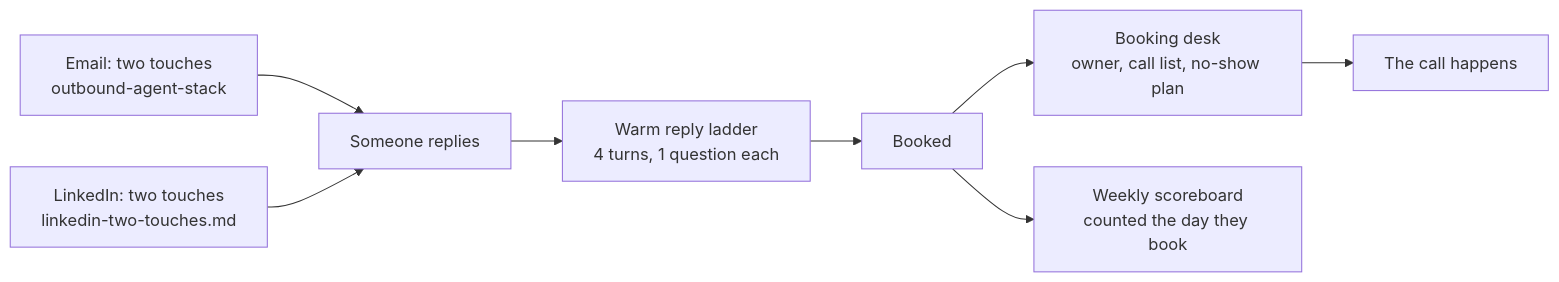
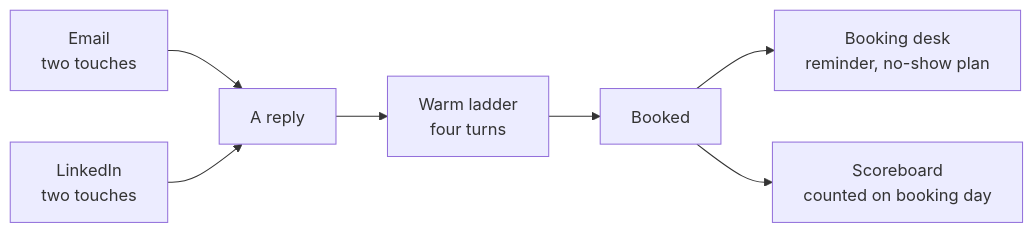
The diagram in builds/reply-to-booked-call/README.md (gary-chakraborty/gap-build-vault), drawn with Mermaid before and after one commit. The commit also changed other lines of this file and 3 other files, not shown here.

Commit message:
build page: wider column so the diagram and tables fit; Build it is three Claude prompts; add SETUP-WITH-CLAUDE for browser and Claude Code

````diff
--- a/builds/reply-to-booked-call/README.md
+++ b/builds/reply-to-booked-call/README.md
@@ -34,10 +34,9 @@
 ```mermaid
 flowchart LR
-  A["Email: two touches<br/>outbound-agent-stack"] --> R["Someone replies"]
-  L["LinkedIn: two touches<br/>linkedin-two-touches.md"] --> R
-  R --> W["Warm reply ladder<br/>4 turns, 1 question each"]
+  E["Email<br/>two touches"] --> R["A reply"]
+  L["LinkedIn<br/>two touches"] --> R
+  R --> W["Warm ladder<br/>four turns"]
   W --> B["Booked"]
-  B --> D["Booking desk<br/>owner, call list, no-show plan"]
-  D --> C["The call happens"]
-  B --> S["Weekly scoreboard<br/>counted the day they book"]
+  B --> D["Booking desk<br/>reminder, no-show plan"]
+  B --> S["Scoreboard<br/>counted on booking day"]
 ```
````
